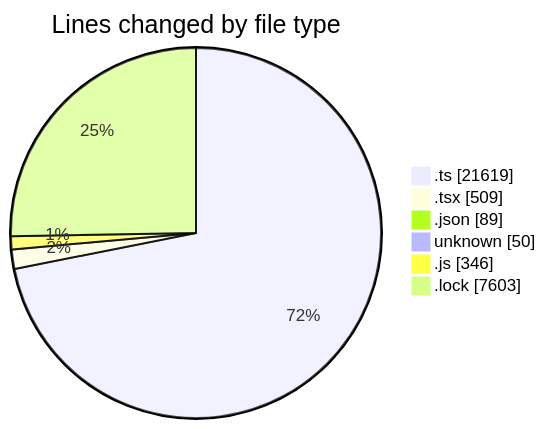
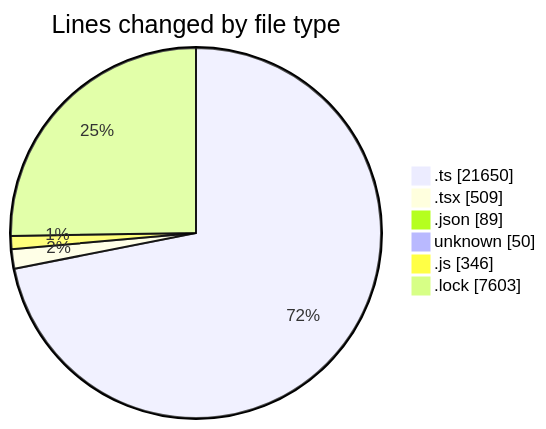
The first of 2 diagrams in 2025-11-28/cda/README.md (momahboobian/code-tracking), drawn with Mermaid before and after one commit. The commit also changed other lines of this file and 1 other file, not shown here.

````diff
--- a/2025-11-28/cda/README.md
+++ b/2025-11-28/cda/README.md
@@ -33,10 +33,10 @@
 ```mermaid
 pie showData
 title Lines changed by file type
-".ts" : 21619
+".ts" : 21650
 ".tsx" : 509
 ".json" : 89
 "unknown" : 50
 ".js" : 346
 ".lock" : 7603
 ```
````
